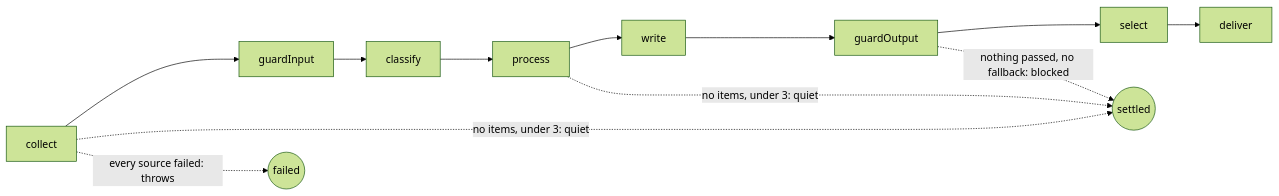
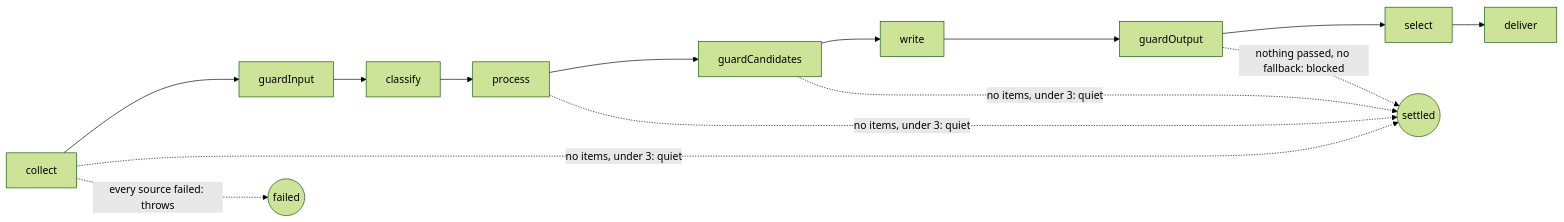
Before and after one commit to odere-pro/weekly-engineering-digest-agent: the diagram in src/digest/stages/CLAUDE.md, drawn with Mermaid (forest theme). The commit also changed other lines of this file and 106 other files, not shown here.

First line of the commit message:
perf: guard the picks after process and reuse a week's model answers

````diff
--- a/src/digest/stages/CLAUDE.md
+++ b/src/digest/stages/CLAUDE.md
@@ -9,7 +9,7 @@
 ```mermaid
 flowchart LR
-  collect --> guardInput --> classify --> process --> write --> guardOutput --> select --> deliver
-  collect & process -.->|"no items, under 3: quiet"| settled(("settled"))
+  collect --> guardInput --> classify --> process --> guardCandidates --> write --> guardOutput --> select --> deliver
+  collect & process & guardCandidates -.->|"no items, under 3: quiet"| settled(("settled"))
   collect -.->|"every source failed: throws"| failed(("failed"))
   guardOutput -.->|"nothing passed, no fallback: blocked"| settled
 ```
````
